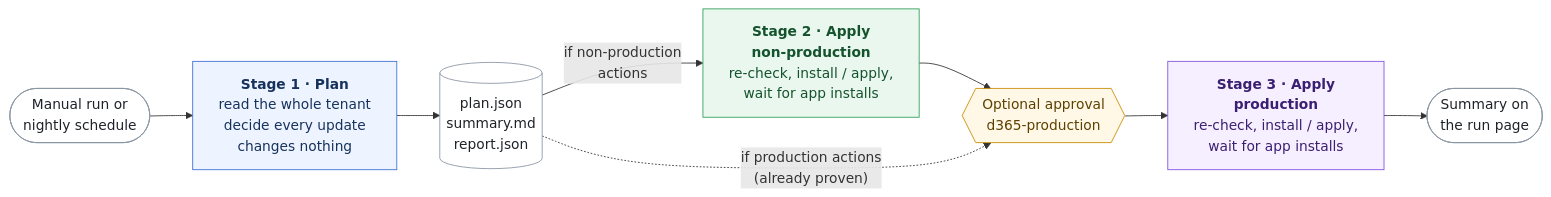
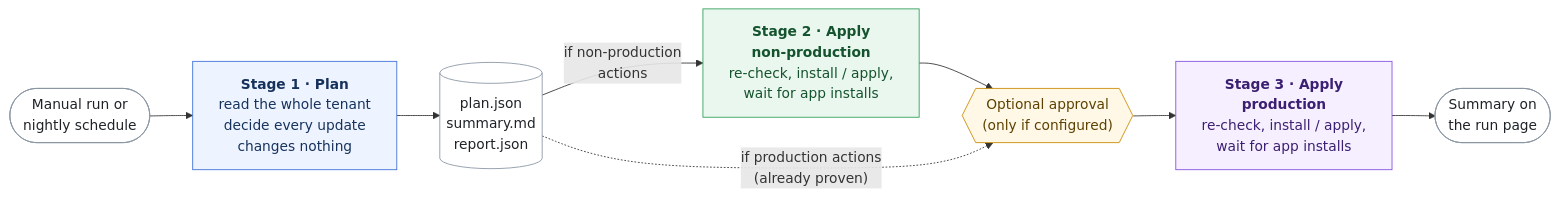
The diagram in docs/diagrams/02-pipeline-stages.mmd (lazejanev/d365-tenant-app-updater), drawn with Mermaid before and after one commit. The commit also changed 13 other files, not shown here.

```diff
--- a/docs/diagrams/02-pipeline-stages.mmd
+++ b/docs/diagrams/02-pipeline-stages.mmd
@@ -1,18 +1,18 @@
 flowchart LR
     T(["Manual run or<br/>nightly schedule"]) --> P["<b>Stage 1 · Plan</b><br/>read the whole tenant<br/>decide every update<br/>changes nothing"]
     P --> ART[("plan.json<br/>summary.md<br/>report.json")]
     ART -- "if non-production<br/>actions" --> NP["<b>Stage 2 · Apply<br/>non-production</b><br/>re-check, install / apply,<br/>wait for app installs"]
-    NP --> GATE{{"Optional approval<br/>d365-production"}}
+    NP --> GATE{{"Optional approval<br/>(only if configured)"}}
     ART -. "if production actions<br/>(already proven)" .-> GATE
     GATE --> PR["<b>Stage 3 · Apply<br/>production</b><br/>re-check, install / apply,<br/>wait for app installs"]
     PR --> DONE(["Summary on<br/>the run page"])
     classDef plan fill:#eef4ff,stroke:#3b6fd8,color:#16325c
     classDef np fill:#eaf7ee,stroke:#2f9e58,color:#14532d
     classDef prod fill:#f6efff,stroke:#8250df,color:#3b1f72
     classDef gate fill:#fff8e6,stroke:#c98a00,color:#5c4100
     classDef art fill:#ffffff,stroke:#8a96a3,color:#1f2328
     class P plan
     class NP np
     class PR prod
     class GATE gate
     class ART,T,DONE art
```
